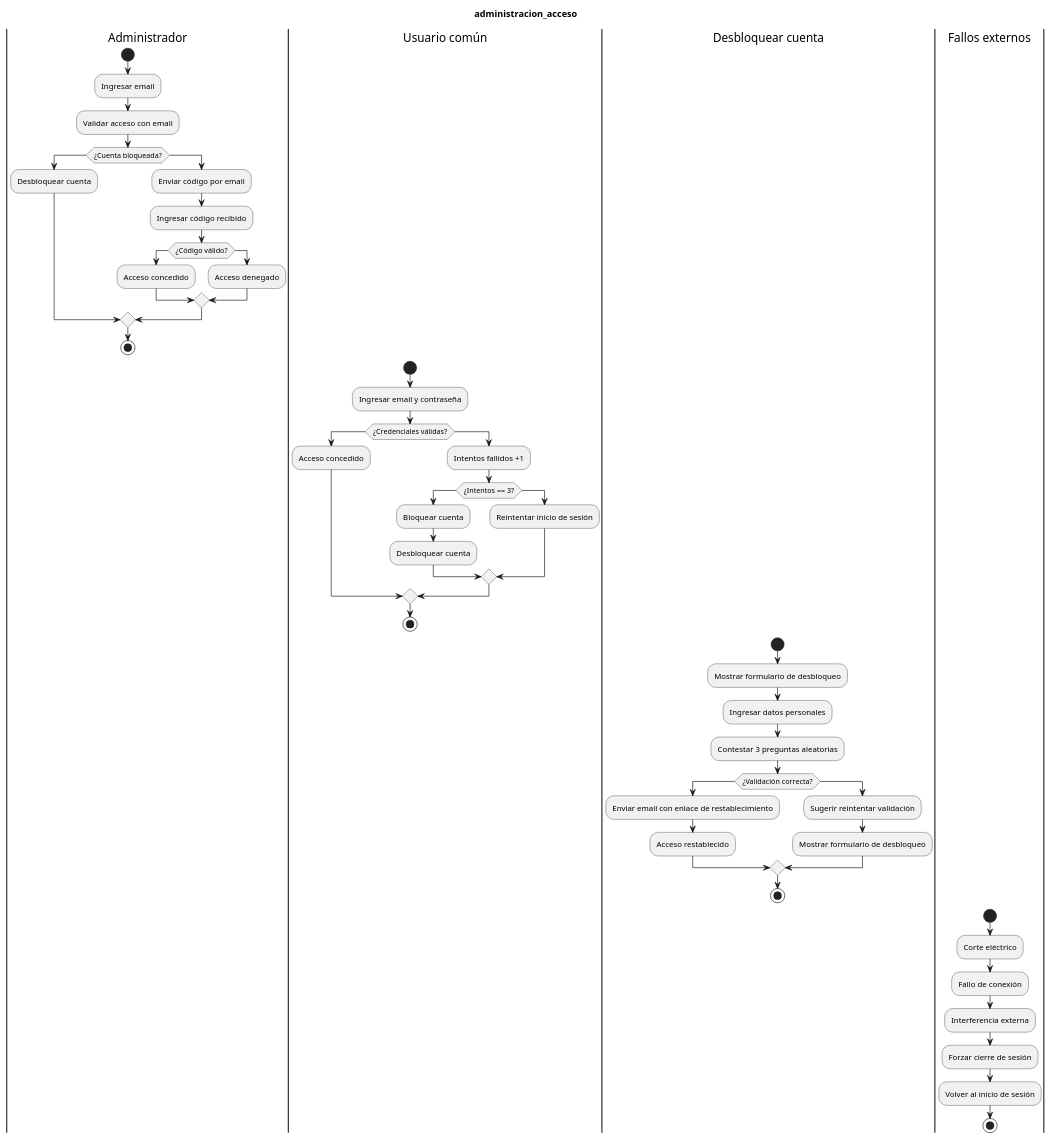
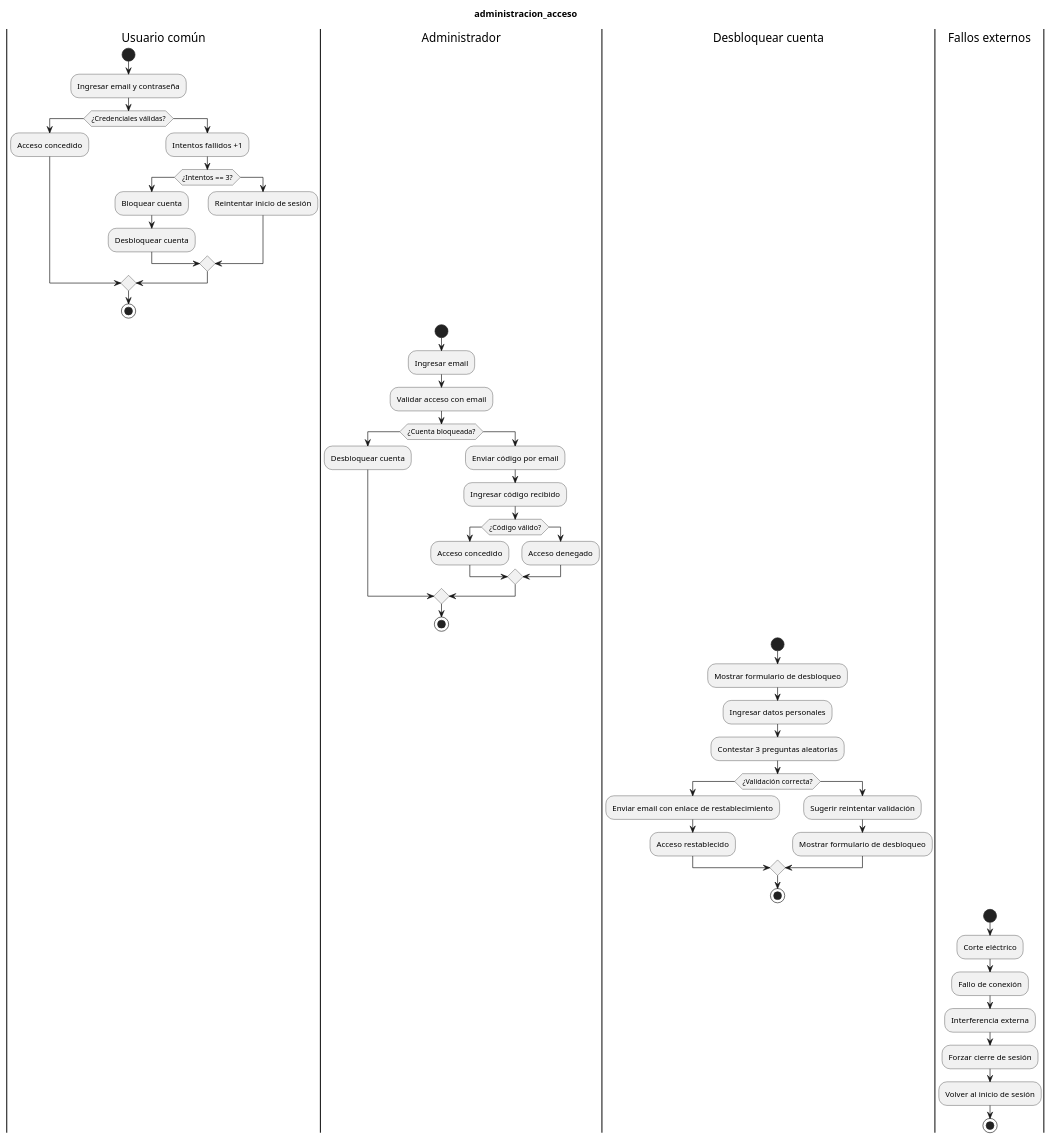
The diagram in practicas_DAC/tp3/Tp3_gonzalez_iniciar_sesion.puml (Luci1274/plant), drawn with PlantUML before and after one commit. The commit also changed other lines of this file and 7 other files, not shown here.

```diff
--- a/practicas_DAC/tp3/Tp3_gonzalez_iniciar_sesion.puml
+++ b/practicas_DAC/tp3/Tp3_gonzalez_iniciar_sesion.puml
@@ -1,64 +1,64 @@
 @startuml administracion_acceso
 
 title administracion_acceso
+
+|Usuario común|
+start
+:Ingresar email y contraseña;
+
+if (¿Credenciales válidas?) then
+  :Acceso concedido;
+else
+  :Intentos fallidos +1;
+  if (¿Intentos == 3?) then
+    :Bloquear cuenta;
+    :Desbloquear cuenta;
+  else
+    :Reintentar inicio de sesión;
+  endif
+endif
+stop
 
 |Administrador|
 start
 :Ingresar email;
 :Validar acceso con email;
 
 if (¿Cuenta bloqueada?) then
   :Desbloquear cuenta;
 else
   :Enviar código por email;
   :Ingresar código recibido;
   if (¿Código válido?) then
     :Acceso concedido;
   else
     :Acceso denegado;
-  endif
-endif
-stop
-
-|Usuario común|
-start
-:Ingresar email y contraseña;
-
-if (¿Credenciales válidas?) then
-  :Acceso concedido;
-else
-  :Intentos fallidos +1;
-  if (¿Intentos == 3?) then
-    :Bloquear cuenta;
-    :Desbloquear cuenta;
-  else
-    :Reintentar inicio de sesión;
   endif
 endif
 stop
 
 |Desbloquear cuenta|
 start
 :Mostrar formulario de desbloqueo;
 :Ingresar datos personales;
 :Contestar 3 preguntas aleatorias;
 
 if (¿Validación correcta?) then
   :Enviar email con enlace de restablecimiento;
   :Acceso restablecido;
 else
   :Sugerir reintentar validación;
   :Mostrar formulario de desbloqueo;
 endif
 stop
 
 |Fallos externos|
 start
 :Corte eléctrico;
 :Fallo de conexión;
 :Interferencia externa;
 :Forzar cierre de sesión;
 :Volver al inicio de sesión;
 stop
 
 @enduml
```
